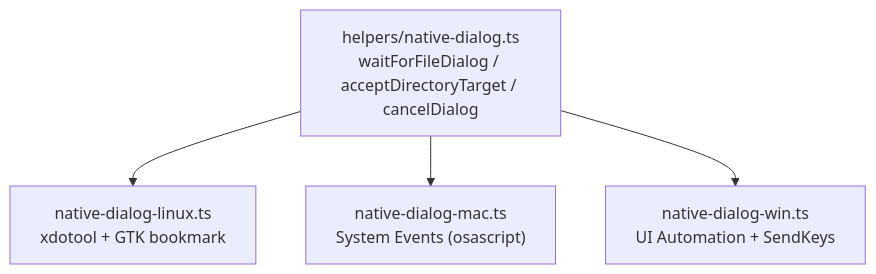
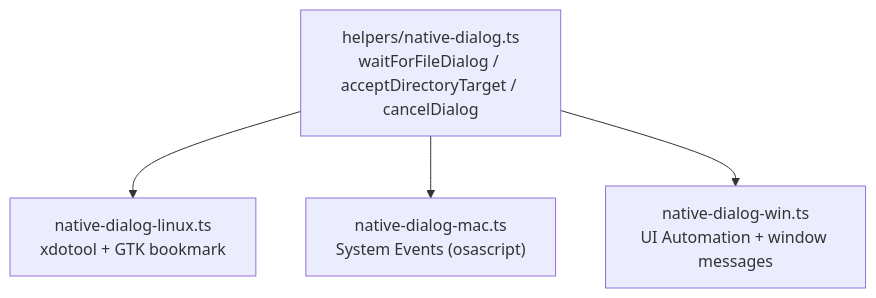
One commit to innonova/mimiri-e2e changed the diagram in docs/native-dialogs.md. Above: the diagram before and after it, drawn with Mermaid. The commit also changed other lines of this file and 2 other files, not shown here.

First line of the commit message:
Drive the Windows folder picker by window messages instead of SendKeys

````diff
--- a/docs/native-dialogs.md
+++ b/docs/native-dialogs.md
@@ -8,7 +8,7 @@
 ```mermaid
 flowchart TD
     F["helpers/native-dialog.ts<br/>waitForFileDialog / acceptDirectoryTarget / cancelDialog"]
     F --> L["native-dialog-linux.ts<br/>xdotool + GTK bookmark"]
     F --> M["native-dialog-mac.ts<br/>System Events (osascript)"]
-    F --> W["native-dialog-win.ts<br/>UI Automation + SendKeys"]
+    F --> W["native-dialog-win.ts<br/>UI Automation + window messages"]
 ```
````
